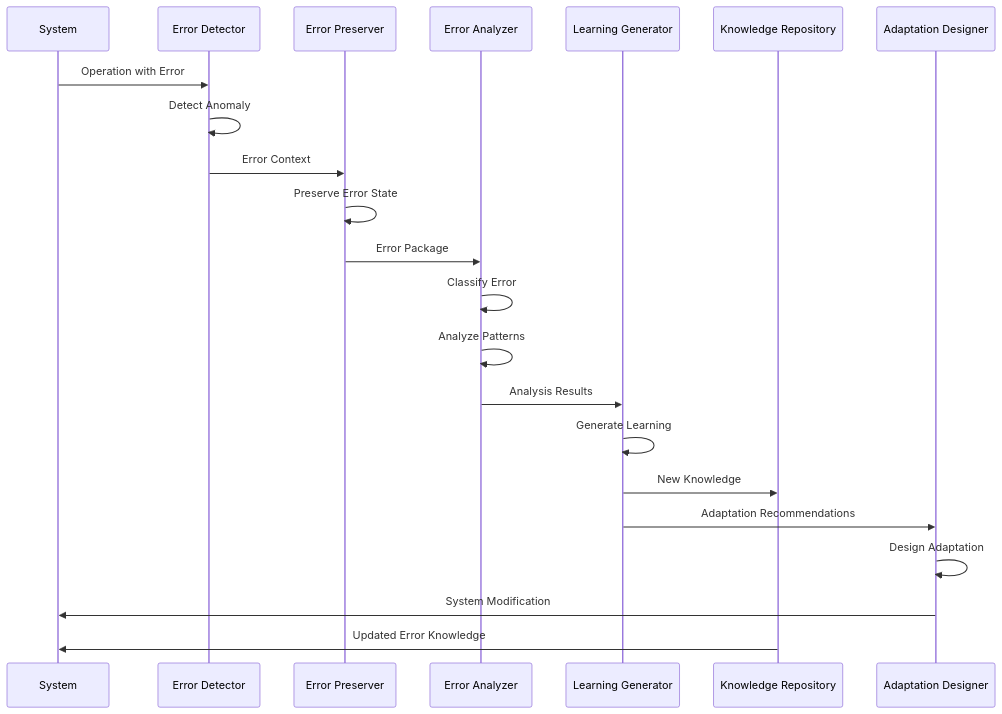
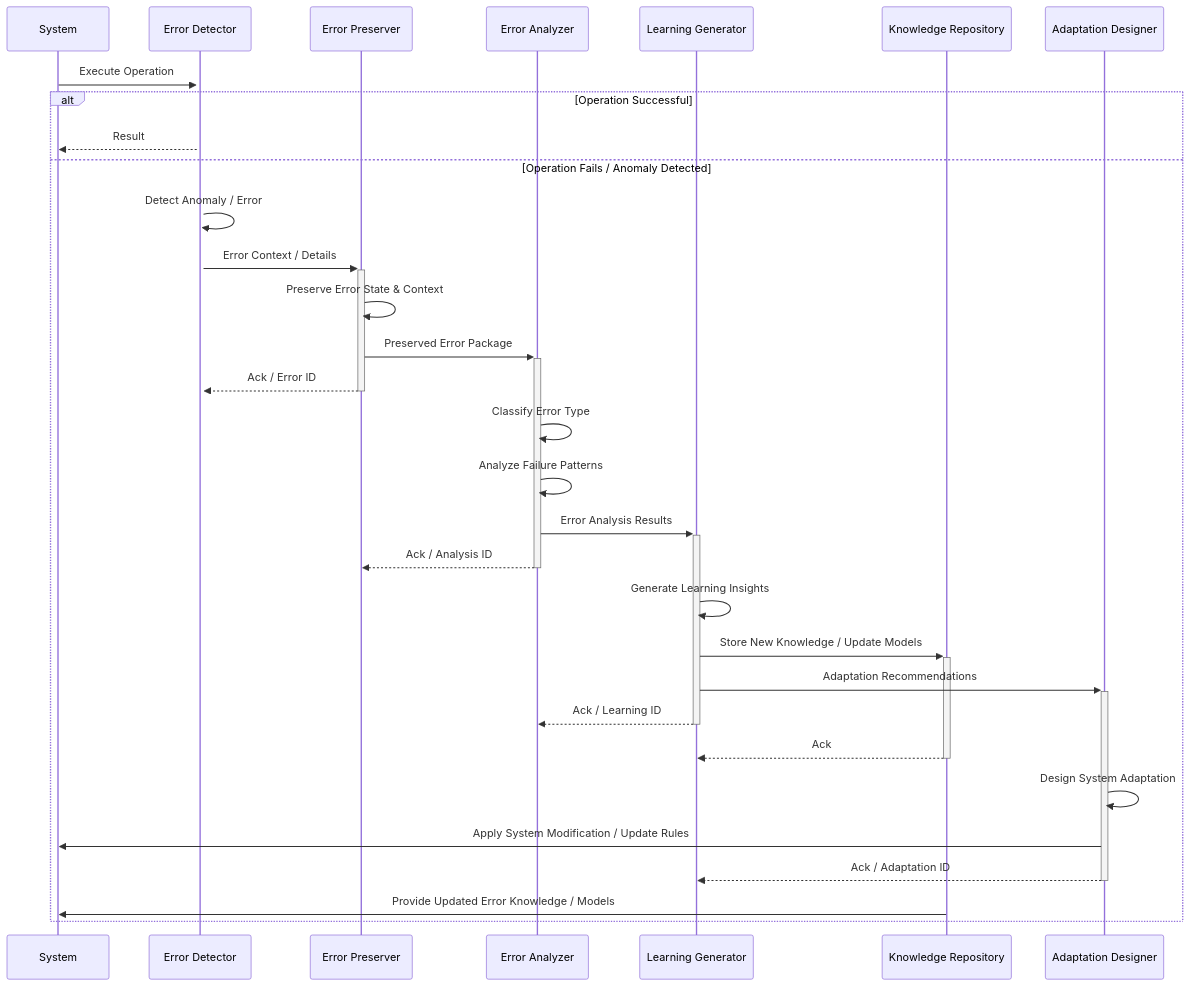
Before and after one commit to ActiveInferenceInstitute/CEREBRUM: the seventh of 10 diagrams in docs/speculative_design/glitch_ontology_error_learning_cerebrum.md, drawn with Mermaid. The commit also changed other lines of this file and 1 other file, not shown here.

````diff
--- a/docs/speculative_design/glitch_ontology_error_learning_cerebrum.md
+++ b/docs/speculative_design/glitch_ontology_error_learning_cerebrum.md
@@ -438,25 +434,34 @@
 ```mermaid
 sequenceDiagram
     participant S as System
     participant ED as Error Detector
     participant EP as Error Preserver
     participant EA as Error Analyzer
     participant LG as Learning Generator
     participant KR as Knowledge Repository
     participant AD as Adaptation Designer
     
-    S->>ED: Operation with Error
-    ED->>ED: Detect Anomaly
-    ED->>EP: Error Context
-    EP->>EP: Preserve Error State
-    EP->>EA: Error Package
-    EA->>EA: Classify Error
-    EA->>EA: Analyze Patterns
-    EA->>LG: Analysis Results
-    LG->>LG: Generate Learning
-    LG->>KR: New Knowledge
-    LG->>AD: Adaptation Recommendations
-    AD->>AD: Design Adaptation
-    AD->>S: System Modification
-    KR->>S: Updated Error Knowledge
+    S->>+ED: Execute Operation
+    alt Operation Successful
+        ED-->>S: Result
+    else Operation Fails / Anomaly Detected
+        ED->>ED: Detect Anomaly / Error
+        ED->>+EP: Error Context / Details
+        EP->>EP: Preserve Error State & Context
+        EP->>+EA: Preserved Error Package
+        EP-->>-ED: Ack / Error ID
+        EA->>EA: Classify Error Type
+        EA->>EA: Analyze Failure Patterns
+        EA->>+LG: Error Analysis Results
+        EA-->>-EP: Ack / Analysis ID
+        LG->>LG: Generate Learning Insights
+        LG->>+KR: Store New Knowledge / Update Models
+        LG->>+AD: Adaptation Recommendations
+        LG-->>-EA: Ack / Learning ID
+        KR-->>-LG: Ack
+        AD->>AD: Design System Adaptation
+        AD->>S: Apply System Modification / Update Rules
+        AD-->>-LG: Ack / Adaptation ID
+        KR->>S: Provide Updated Error Knowledge / Models
+    end
 ```
````
